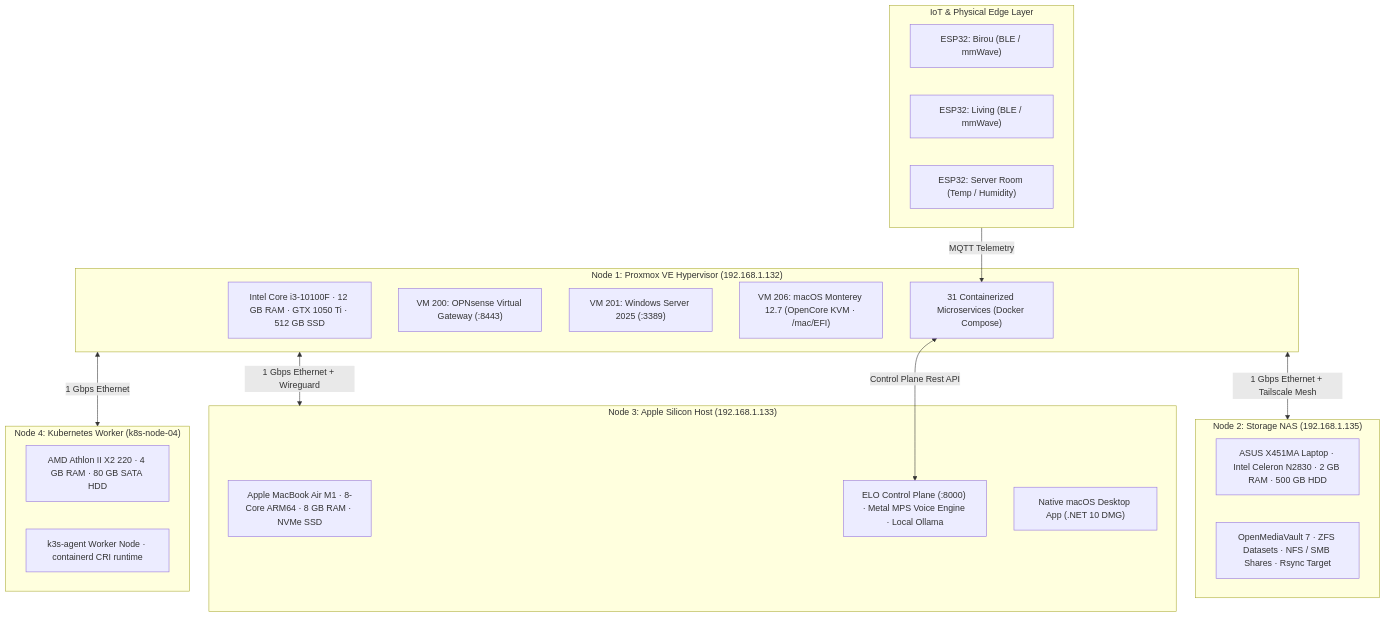
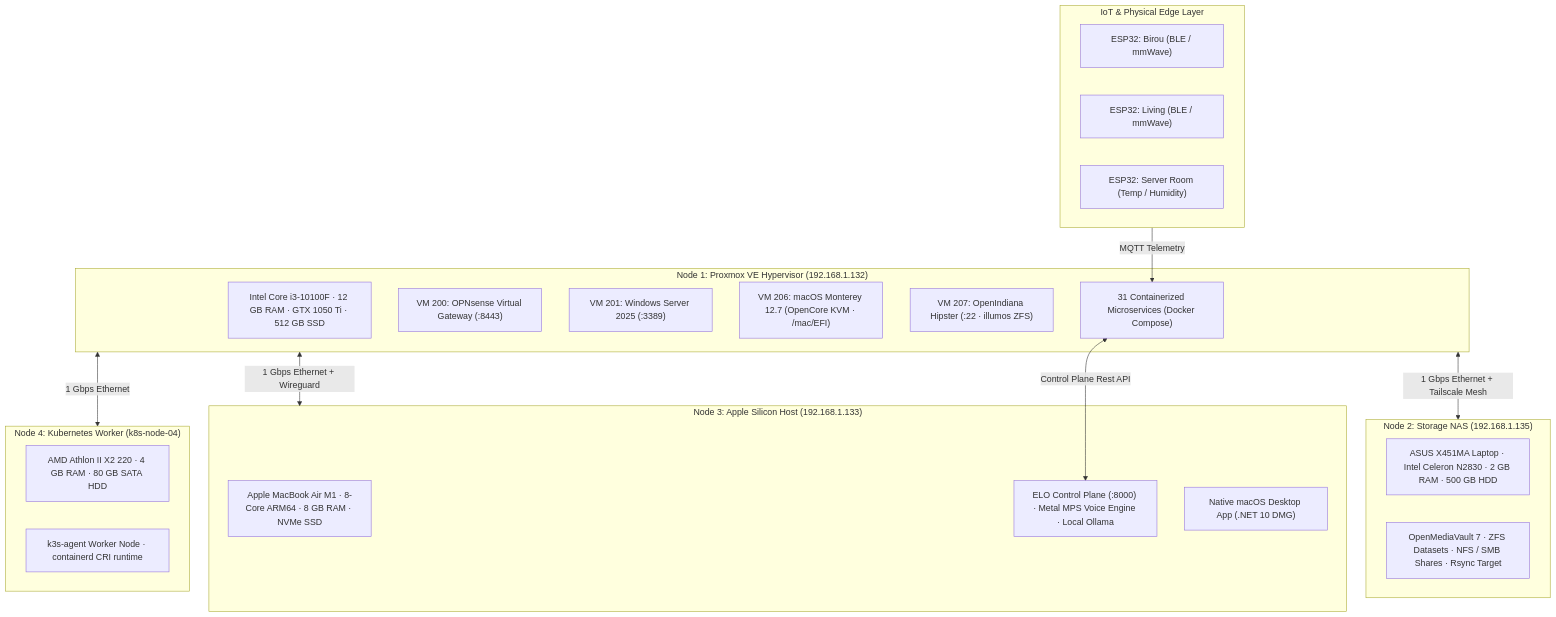
The first of 4 diagrams in ARCHITECTURE.md (stefanutc1/datacenter), drawn with Mermaid before and after one commit. The commit also changed 19 other files, not shown here.

Commit message:
feat(vm): add VM 207 OpenIndiana Hipster to cluster architecture and web dashboard

````diff
--- a/ARCHITECTURE.md
+++ b/ARCHITECTURE.md
@@ -20,38 +20,39 @@
 ```mermaid
 graph TB
     subgraph NODE1["Node 1: Proxmox VE Hypervisor (192.168.1.132)"]
         PVE_HW["Intel Core i3-10100F · 12 GB RAM · GTX 1050 Ti · 512 GB SSD"]
         VM200["VM 200: OPNsense Virtual Gateway (:8443)"]
         VM201["VM 201: Windows Server 2025 (:3389)"]
         VM206["VM 206: macOS Monterey 12.7 (OpenCore KVM · /mac/EFI)"]
+        VM207["VM 207: OpenIndiana Hipster (:22 · illumos ZFS)"]
         LXC_STACK["31 Containerized Microservices (Docker Compose)"]
     end
 
     subgraph NODE2["Node 2: Storage NAS (192.168.1.135)"]
         OMV_HW["ASUS X451MA Laptop · Intel Celeron N2830 · 2 GB RAM · 500 GB HDD"]
         OMV_APP["OpenMediaVault 7 · ZFS Datasets · NFS / SMB Shares · Rsync Target"]
     end
 
     subgraph NODE3["Node 3: Apple Silicon Host (192.168.1.133)"]
         M1_HW["Apple MacBook Air M1 · 8-Core ARM64 · 8 GB RAM · NVMe SSD"]
         ELO_ENGINE["ELO Control Plane (:8000) · Metal MPS Voice Engine · Local Ollama"]
         MACOS_APP["Native macOS Desktop App (.NET 10 DMG)"]
     end
 
     subgraph NODE4["Node 4: Kubernetes Worker (k8s-node-04)"]
         K8S_HW["AMD Athlon II X2 220 · 4 GB RAM · 80 GB SATA HDD"]
         K3S_AGENT["k3s-agent Worker Node · containerd CRI runtime"]
     end
 
     subgraph EDGE["IoT & Physical Edge Layer"]
         ESP_OFFICE["ESP32: Birou (BLE / mmWave)"]
         ESP_LIVING["ESP32: Living (BLE / mmWave)"]
         ESP_SERVER["ESP32: Server Room (Temp / Humidity)"]
     end
 
     NODE1 <-->|"1 Gbps Ethernet + Tailscale Mesh"| NODE2
     NODE1 <-->|"1 Gbps Ethernet + Wireguard"| NODE3
     NODE1 <-->|"1 Gbps Ethernet"| NODE4
     EDGE -->|"MQTT Telemetry"| LXC_STACK
     LXC_STACK <-->|"Control Plane Rest API"| ELO_ENGINE
 ```
````
